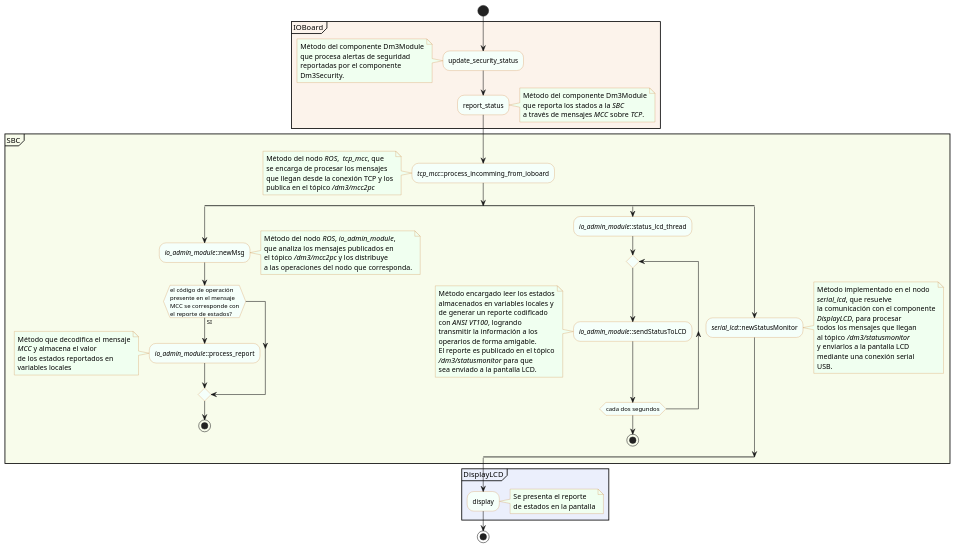
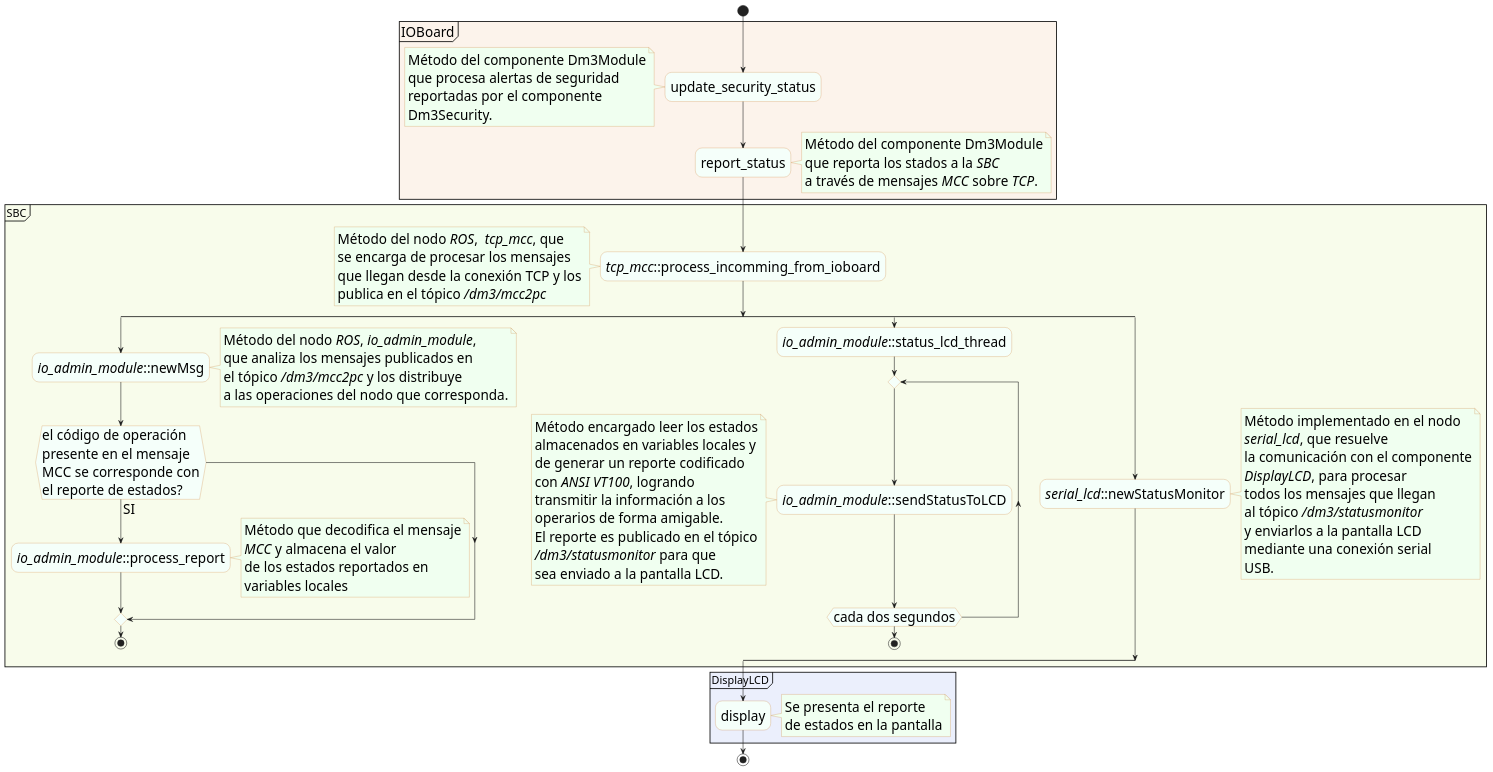
The diagram in Diagrams/Dm3_security_status_report_logic.wsd (gonzalopelos/proygrado), drawn with PlantUML before and after one commit. The commit also changed 1 other file, not shown here.

Commit message:
modificación de diagramas.

```diff
--- a/Diagrams/Dm3_security_status_report_logic.wsd
+++ b/Diagrams/Dm3_security_status_report_logic.wsd
@@ -1,110 +1,115 @@
 @startuml Diagrama_de_flujo_indicadores_de_estados
+
+skinparam defaultFontSize 25
+skinparam defaultArrowThickness 5
 skinparam activity {
     BackgroundColor MintCream
     BorderColor Peru
     FontName Verdana
 }
 skinparam note {
     BackgroundColor HoneyDew
     FontName Verdana
     BorderColor Peru
 }
 
 start
 skinparam partition{
     BackgroundColor FCF3EB
 }
-partition IOBoard{
+partition "IOBoard"{
     :update_security_status;
     note left
     Método del componente Dm3Module
     que procesa alertas de seguridad
     reportadas por el componente
     Dm3Security.
     end note
     :report_status;
     note right
     Método del componente Dm3Module
     que reporta los stados a la //SBC//
     a través de mensajes //MCC// sobre //TCP//.
     end note
 }
 
 skinparam partition{
     BackgroundColor F8FCEB
+    FontSize 20
 }
 
-partition SBC {
+partition "SBC"{
     ://tcp_mcc//::process_incomming_from_ioboard;
     note left
         Método del nodo //ROS//,  //tcp_mcc//, que
         se encarga de procesar los mensajes
         que llegan desde la conexión TCP y los
         publica en el tópico ///dm3/mcc2pc//
     end note
     split
     ://io_admin_module//::newMsg;
     note right
         Método del nodo //ROS//, //io_admin_module//,
         que analiza los mensajes publicados en
         el tópico ///dm3/mcc2pc// y los distribuye
         a las operaciones del nodo que corresponda.
     end note
     if(el código de operación\npresente en el mensaje\nMCC se corresponde con\nel reporte de estados?) then (SI)
         ://io_admin_module//::process_report;
-        note left
+        note right
             Método que decodifica el mensaje
             //MCC// y almacena el valor
             de los estados reportados en
             variables locales
         end note
     endif
     stop
     split again
     ://io_admin_module//::status_lcd_thread;
     repeat
         ://io_admin_module//::sendStatusToLCD;
         note left
             Método encargado leer los estados
             almacenados en variables locales y
             de generar un reporte codificado
             con //ANSI VT100//, logrando
             transmitir la información a los
             operarios de forma amigable.
             El reporte es publicado en el tópico
             ///dm3/statusmonitor// para que 
             sea enviado a la pantalla LCD.
         end note
     repeat while (cada dos segundos)
     stop
     split again
         ://serial_lcd//::newStatusMonitor;
         note right
             Método implementado en el nodo
             //serial_lcd//, que resuelve
             la comunicación con el componente
             //DisplayLCD//, para procesar
             todos los mensajes que llegan
             al tópico ///dm3/statusmonitor//
             y enviarlos a la pantalla LCD
             mediante una conexión serial
             USB.
         end note
     end split
 }
 
 skinparam partition{
     BackgroundColor EBEFFC
+    FontSize 20
 }
 
-partition DisplayLCD{
+partition "DisplayLCD"{
     :display;
     note right
         Se presenta el reporte
         de estados en la pantalla
     end note
 }
 
 stop
 
 @enduml
```
